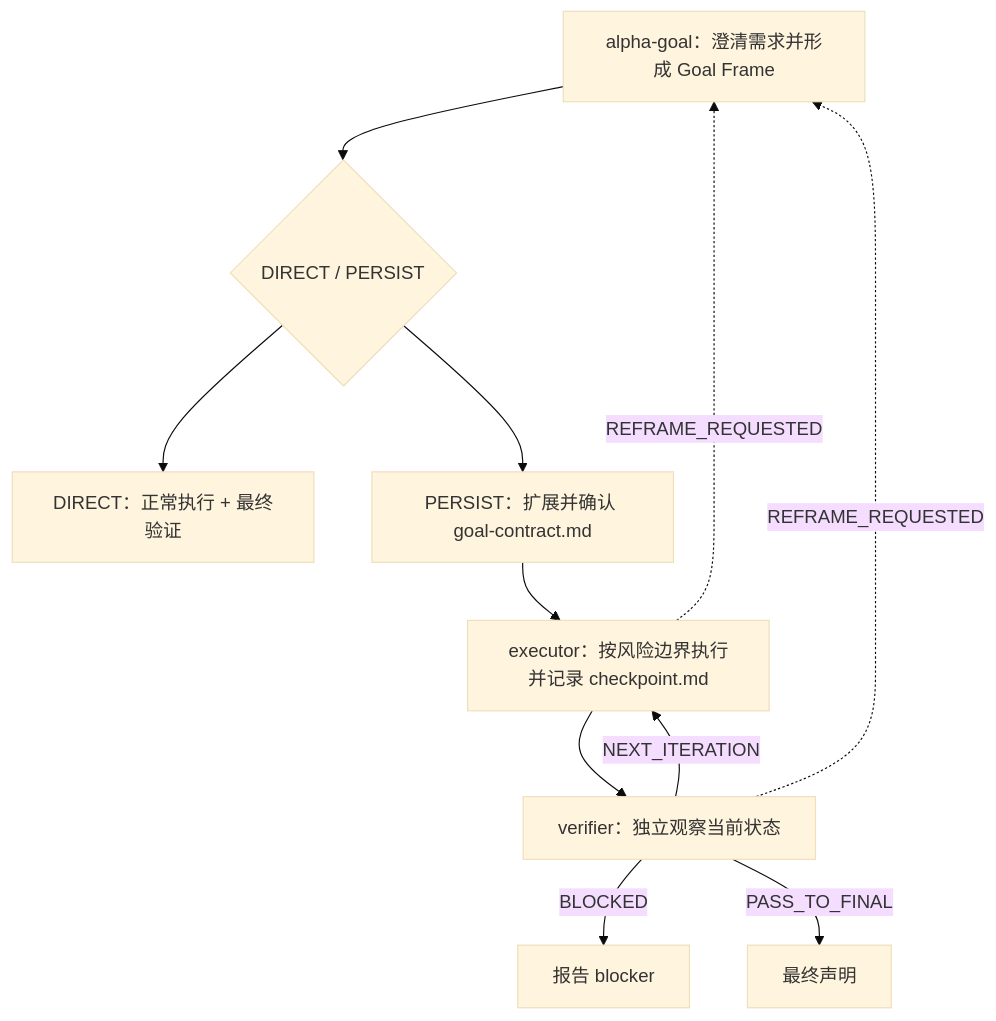
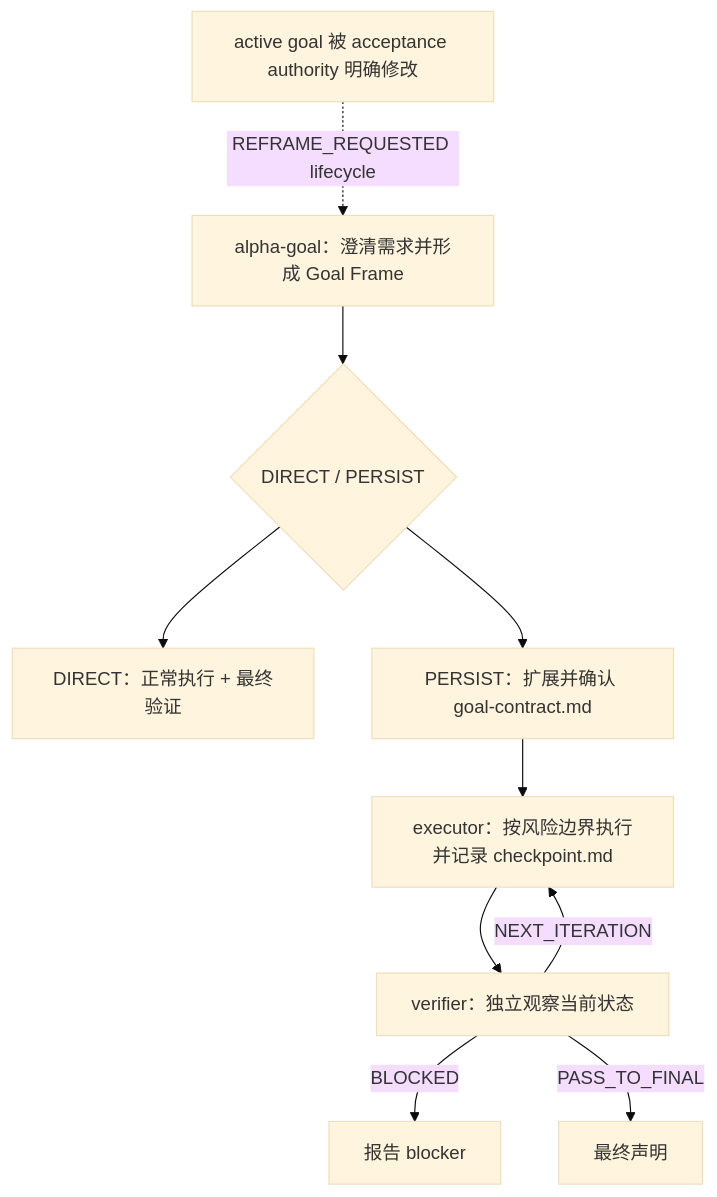
Before and after one commit to azhonglee/alpha-goal: the diagram in README.md, drawn with Mermaid (base theme). The commit also changed other lines of this file and 9 other files, not shown here.

````diff
--- a/README.md
+++ b/README.md
@@ -9,13 +9,12 @@
 ```mermaid
 flowchart TD
   A["alpha-goal：澄清需求并形成 Goal Frame"] --> R{"DIRECT / PERSIST"}
   R --> D["DIRECT：正常执行 + 最终验证"]
   R --> P["PERSIST：扩展并确认 goal-contract.md"]
   P --> E["executor：按风险边界执行并记录 checkpoint.md"]
   E --> V["verifier：独立观察当前状态"]
   V -->|"NEXT_ITERATION"| E
-  E -. "REFRAME_REQUESTED" .-> A
-  V -. "REFRAME_REQUESTED" .-> A
+  G["active goal 被 acceptance authority 明确修改"] -. "REFRAME_REQUESTED lifecycle" .-> A
   V -->|"BLOCKED"| B["报告 blocker"]
   V -->|"PASS_TO_FINAL"| F["最终声明"]
 ```
````
